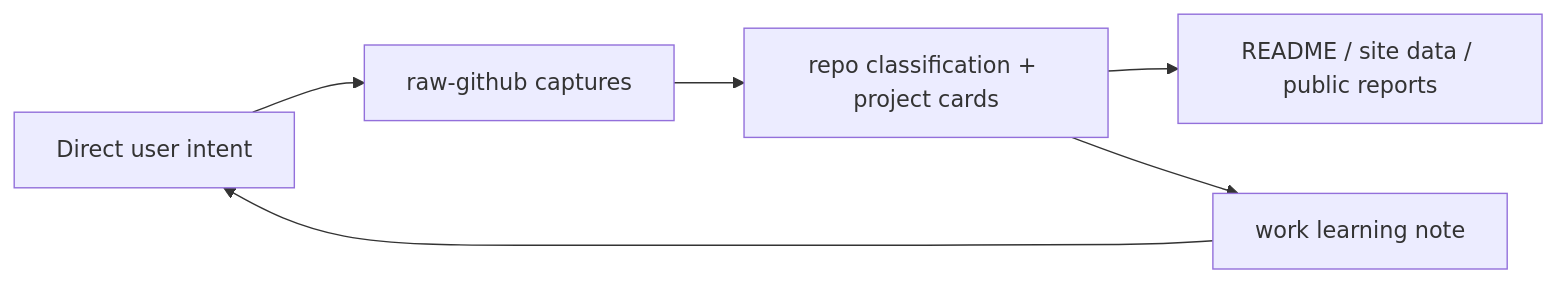
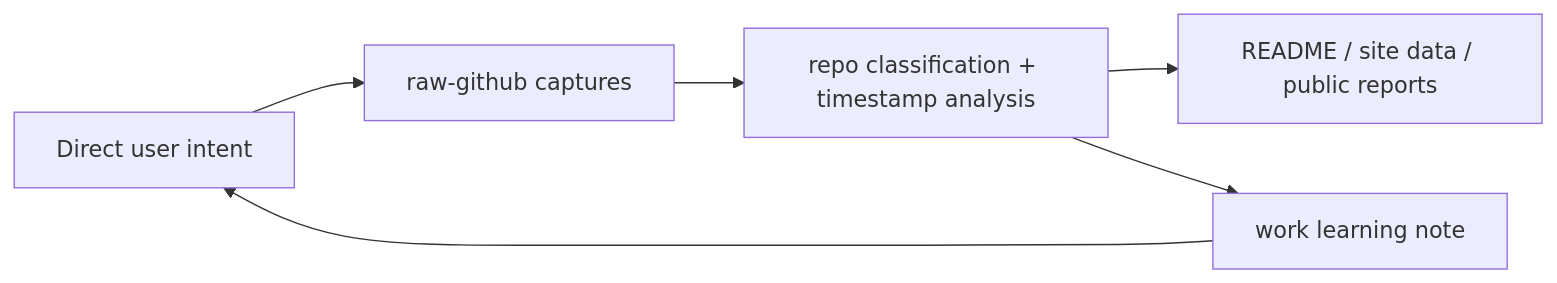
The diagram in .mermaid/current/graph.mmd (Shiyao-Huang/awesome-agent-evolution), drawn with Mermaid before and after one commit. The commit also changed 28 other files, not shown here.

```diff
--- a/.mermaid/current/graph.mmd
+++ b/.mermaid/current/graph.mmd
@@ -1,6 +1,6 @@
 flowchart LR
   INTENT["Direct user intent"] --> RAW["raw-github captures"]
-  RAW --> PROC["repo classification + project cards"]
+  RAW --> PROC["repo classification + timestamp analysis"]
   PROC --> SITE["README / site data / public reports"]
   PROC --> NOTE["work learning note"]
   NOTE --> INTENT
```
